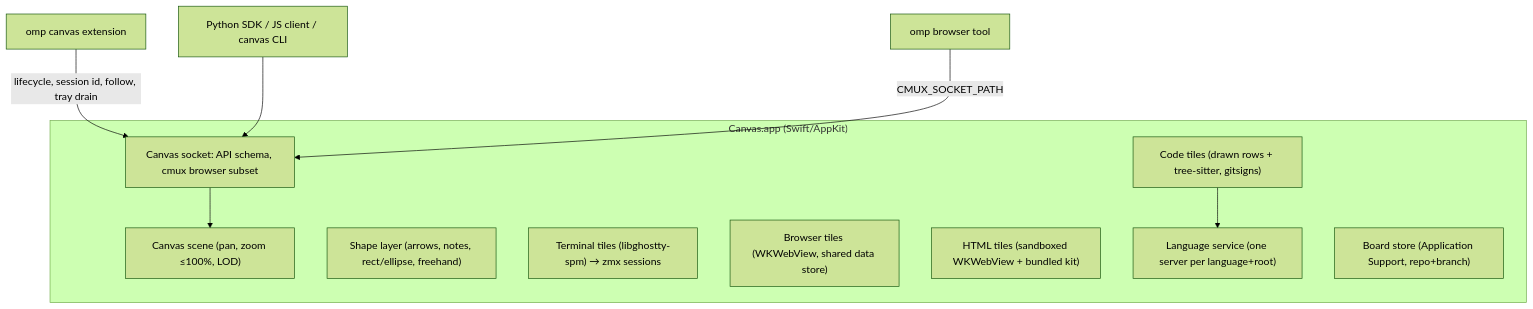
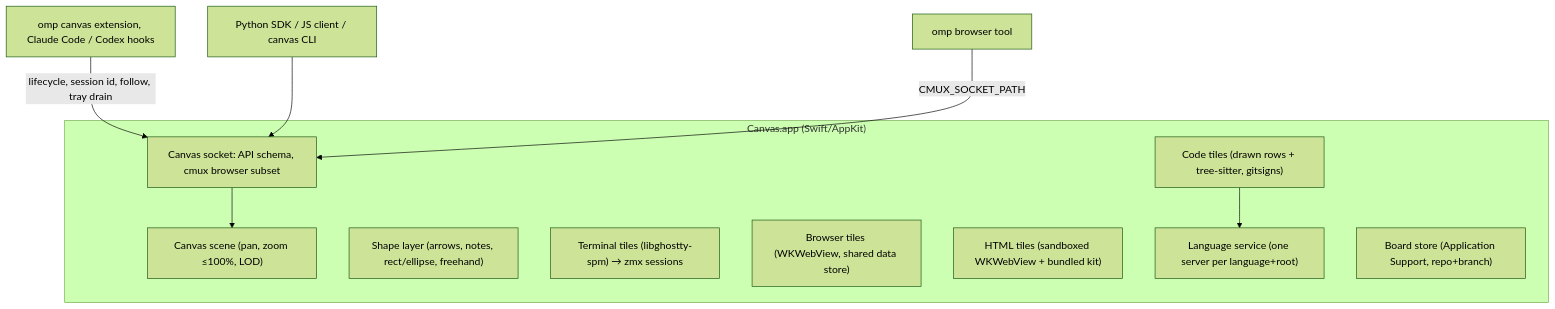
One commit to twaldin/canvas changed the diagram in docs/design.md. Above: the diagram before and after it, drawn with Mermaid (forest theme). The commit also changed other lines of this file and 2 other files, not shown here.

First line of the commit message:
Document the Claude Code and Codex integrations as shipped

````diff
--- a/docs/design.md
+++ b/docs/design.md
@@ -16,19 +16,19 @@
 ```mermaid
 flowchart TB
   subgraph App["Canvas.app (Swift/AppKit)"]
     Scene["Canvas scene (pan, zoom ≤100%, LOD)"]
     Ink["Shape layer (arrows, notes, rect/ellipse, freehand)"]
     T["Terminal tiles (libghostty-spm) → zmx sessions"]
     B["Browser tiles (WKWebView, shared data store)"]
     C["Code tiles (drawn rows + tree-sitter, gitsigns)"]
     H["HTML tiles (sandboxed WKWebView + bundled kit)"]
     L["Language service (one server per language+root)"]
     Sock["Canvas socket: API schema, cmux browser subset"]
     Store["Board store (Application Support, repo+branch)"]
   end
-  Ext["omp canvas extension"] -->|"lifecycle, session id, follow, tray drain"| Sock
+  Ext["omp canvas extension, Claude Code / Codex hooks"] -->|"lifecycle, session id, follow, tray drain"| Sock
   SDK["Python SDK / JS client / canvas CLI"] --> Sock
   OmpBrowser["omp browser tool"] -->|"CMUX_SOCKET_PATH"| Sock
   Sock --> Scene
   C --> L
 ```
````
